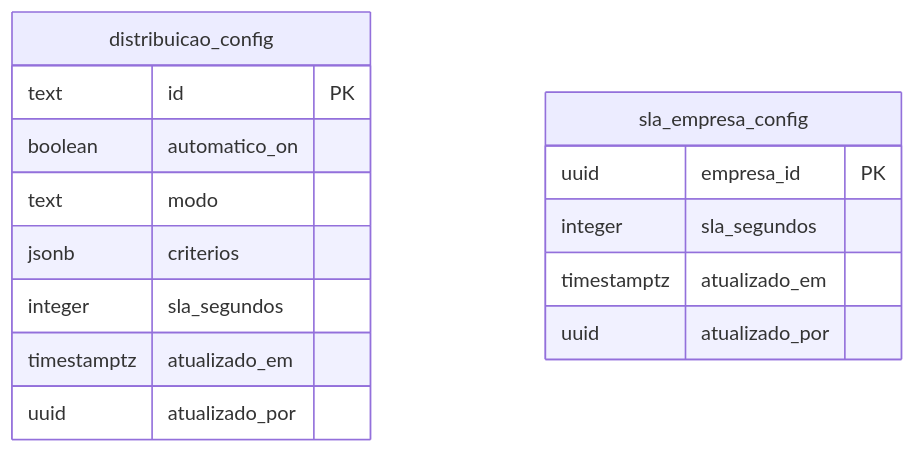
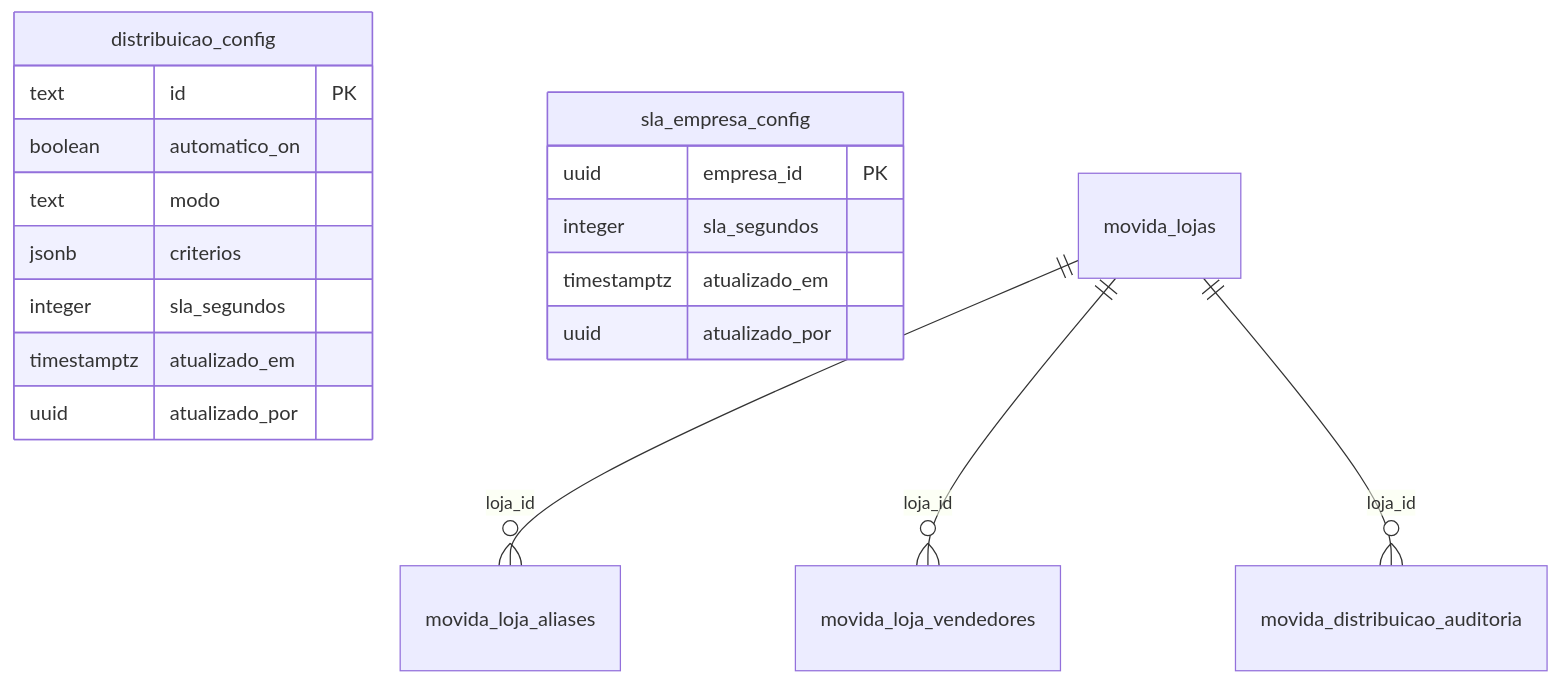
One commit to DiegoGervasioAllcom/cotecerto33 changed the seventh of 10 diagrams in docs/DOC_BANCO_V11.md. Above: the diagram before and after it, drawn with Mermaid. The commit also changed other lines of this file and 12 other files, not shown here.

Commit message:
feat: distribuir leads Movida por loja

````diff
--- a/docs/DOC_BANCO_V11.md
+++ b/docs/DOC_BANCO_V11.md
@@ -2110,18 +2113,21 @@
 ```mermaid
 erDiagram
     distribuicao_config {
         text id PK
         boolean automatico_on
         text modo
         jsonb criterios
         integer sla_segundos
         timestamptz atualizado_em
         uuid atualizado_por
     }
     sla_empresa_config {
         uuid empresa_id PK
         integer sla_segundos
         timestamptz atualizado_em
         uuid atualizado_por
     }
+    movida_lojas ||--o{ movida_loja_aliases : "loja_id"
+    movida_lojas ||--o{ movida_loja_vendedores : "loja_id"
+    movida_lojas ||--o{ movida_distribuicao_auditoria : "loja_id"
 ```
````
